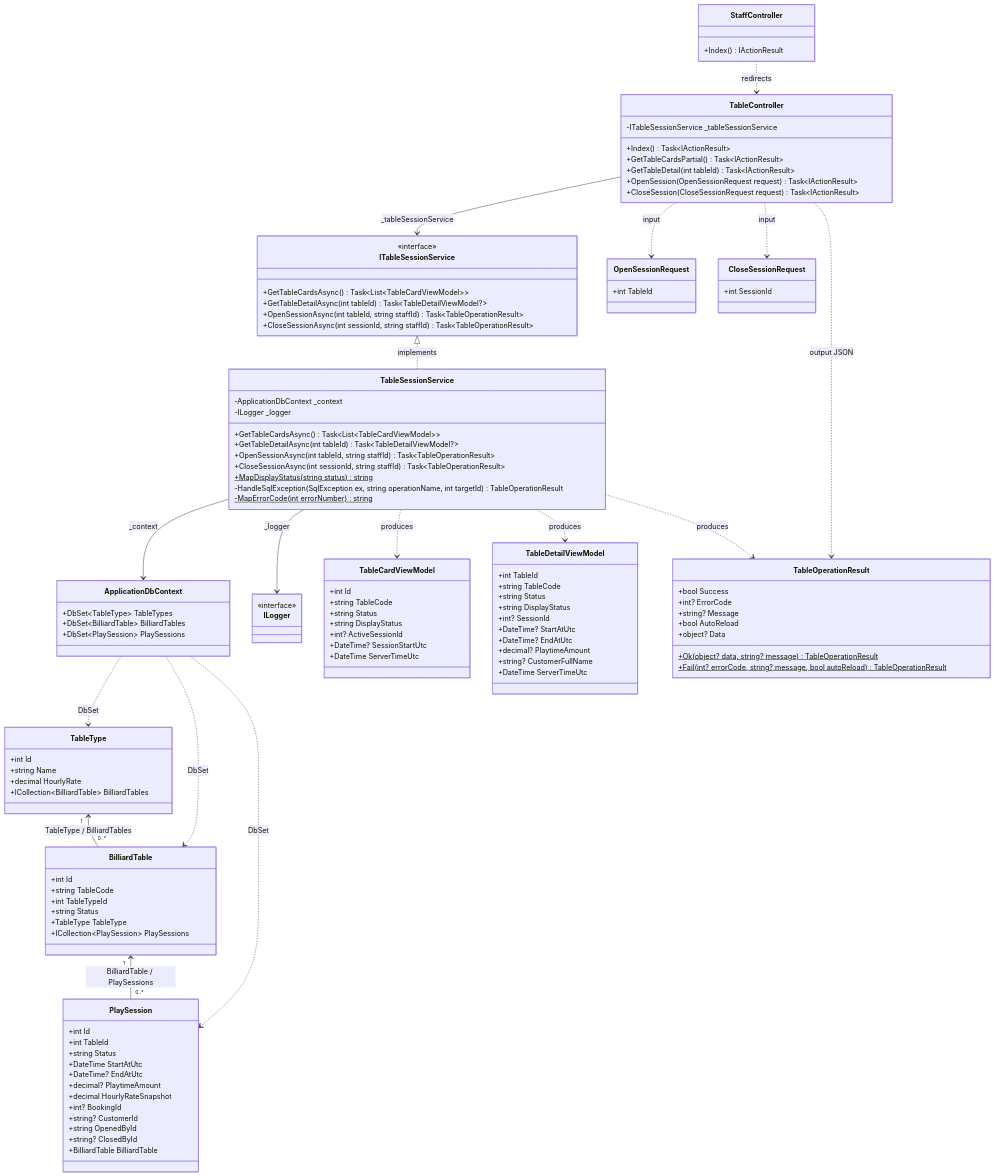
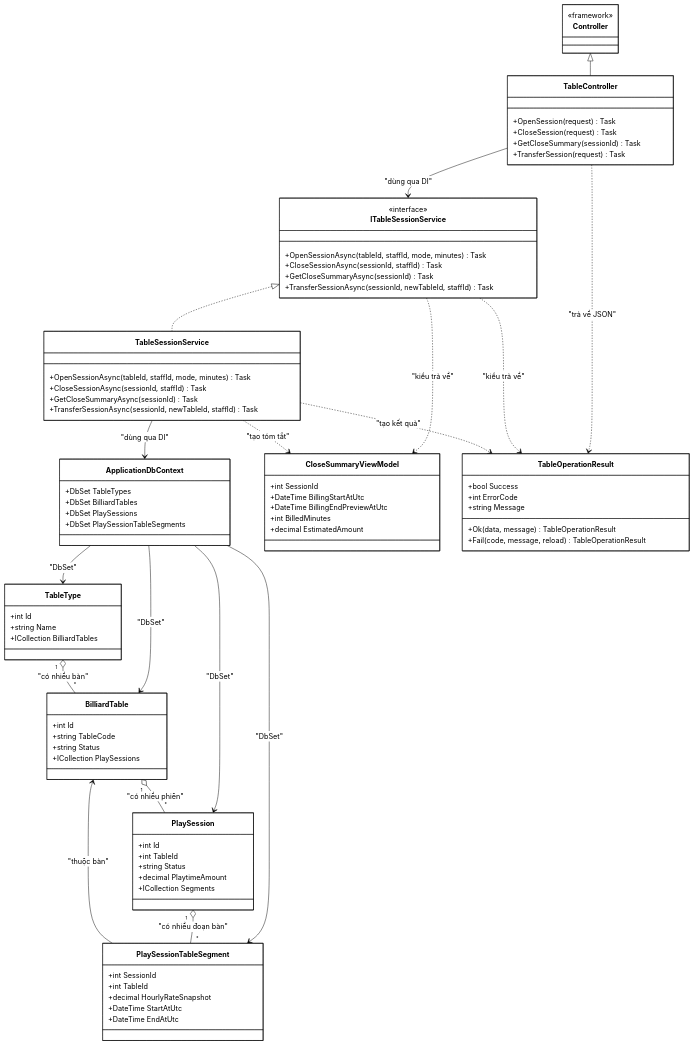
Before and after one commit to HE176671/billiard-management-system: the diagram in docs/sds-doan/04-classes.mmd, drawn with Mermaid. The commit also changed 25 other files, not shown here.

Commit message:
modify model, service,  entities

```diff
--- a/docs/sds-doan/04-classes.mmd
+++ b/docs/sds-doan/04-classes.mmd
@@ -1,119 +1,92 @@
+%%{init: {'theme': 'base', 'themeVariables': {'primaryColor': '#ffffff', 'primaryTextColor': '#000000', 'primaryBorderColor': '#000000', 'lineColor': '#000000', 'textColor': '#000000', 'noteBkgColor': '#ffffff', 'noteBorderColor': '#000000', 'noteTextColor': '#000000', 'fontFamily': 'Arial'}}}%%
 classDiagram
+    direction TB
+
+    class Controller {
+        <<framework>>
+    }
     class TableController {
-        -ITableSessionService _tableSessionService
-        +Index() Task~IActionResult~
-        +GetTableCardsPartial() Task~IActionResult~
-        +GetTableDetail(int tableId) Task~IActionResult~
-        +OpenSession(OpenSessionRequest request) Task~IActionResult~
-        +CloseSession(CloseSessionRequest request) Task~IActionResult~
-    }
-    class StaffController {
-        +Index() IActionResult
+        +OpenSession(request) Task
+        +CloseSession(request) Task
+        +GetCloseSummary(sessionId) Task
+        +TransferSession(request) Task
     }
     class ITableSessionService {
         <<interface>>
-        +GetTableCardsAsync() Task~List~TableCardViewModel~~
-        +GetTableDetailAsync(int tableId) Task~TableDetailViewModel?~
-        +OpenSessionAsync(int tableId, string staffId) Task~TableOperationResult~
-        +CloseSessionAsync(int sessionId, string staffId) Task~TableOperationResult~
+        +OpenSessionAsync(tableId, staffId, mode, minutes) Task
+        +CloseSessionAsync(sessionId, staffId) Task
+        +GetCloseSummaryAsync(sessionId) Task
+        +TransferSessionAsync(sessionId, newTableId, staffId) Task
     }
     class TableSessionService {
-        -ApplicationDbContext _context
-        -ILogger _logger
-        +GetTableCardsAsync() Task~List~TableCardViewModel~~
-        +GetTableDetailAsync(int tableId) Task~TableDetailViewModel?~
-        +OpenSessionAsync(int tableId, string staffId) Task~TableOperationResult~
-        +CloseSessionAsync(int sessionId, string staffId) Task~TableOperationResult~
-        +MapDisplayStatus(string status)$ string
-        -HandleSqlException(SqlException ex, string operationName, int targetId) TableOperationResult
-        -MapErrorCode(int errorNumber)$ string
+        +OpenSessionAsync(tableId, staffId, mode, minutes) Task
+        +CloseSessionAsync(sessionId, staffId) Task
+        +GetCloseSummaryAsync(sessionId) Task
+        +TransferSessionAsync(sessionId, newTableId, staffId) Task
     }
     class ApplicationDbContext {
-        +DbSet~TableType~ TableTypes
-        +DbSet~BilliardTable~ BilliardTables
-        +DbSet~PlaySession~ PlaySessions
-    }
-    class ILogger {
-        <<interface>>
+        +DbSet TableTypes
+        +DbSet BilliardTables
+        +DbSet PlaySessions
+        +DbSet PlaySessionTableSegments
     }
     class TableType {
         +int Id
         +string Name
-        +decimal HourlyRate
-        +ICollection~BilliardTable~ BilliardTables
+        +ICollection BilliardTables
     }
     class BilliardTable {
         +int Id
         +string TableCode
-        +int TableTypeId
         +string Status
-        +TableType TableType
-        +ICollection~PlaySession~ PlaySessions
+        +ICollection PlaySessions
     }
     class PlaySession {
         +int Id
         +int TableId
         +string Status
+        +decimal PlaytimeAmount
+        +ICollection Segments
+    }
+    class PlaySessionTableSegment {
+        +int SessionId
+        +int TableId
+        +decimal HourlyRateSnapshot
         +DateTime StartAtUtc
-        +DateTime? EndAtUtc
-        +decimal? PlaytimeAmount
-        +decimal HourlyRateSnapshot
-        +int? BookingId
-        +string? CustomerId
-        +string OpenedById
-        +string? ClosedById
-        +BilliardTable BilliardTable
+        +DateTime EndAtUtc
     }
-    class TableCardViewModel {
-        +int Id
-        +string TableCode
-        +string Status
-        +string DisplayStatus
-        +int? ActiveSessionId
-        +DateTime? SessionStartUtc
-        +DateTime ServerTimeUtc
-    }
-    class TableDetailViewModel {
-        +int TableId
-        +string TableCode
-        +string Status
-        +string DisplayStatus
-        +int? SessionId
-        +DateTime? StartAtUtc
-        +DateTime? EndAtUtc
-        +decimal? PlaytimeAmount
-        +string? CustomerFullName
-        +DateTime ServerTimeUtc
-    }
-    class OpenSessionRequest {
-        +int TableId
-    }
-    class CloseSessionRequest {
+    class CloseSummaryViewModel {
         +int SessionId
+        +DateTime BillingStartAtUtc
+        +DateTime BillingEndPreviewAtUtc
+        +int BilledMinutes
+        +decimal EstimatedAmount
     }
     class TableOperationResult {
         +bool Success
-        +int? ErrorCode
-        +string? Message
-        +bool AutoReload
-        +object? Data
-        +Ok(object? data, string? message)$ TableOperationResult
-        +Fail(int? errorCode, string? message, bool autoReload)$ TableOperationResult
+        +int ErrorCode
+        +string Message
+        +Ok(data, message) TableOperationResult
+        +Fail(code, message, reload) TableOperationResult
     }
 
-    StaffController ..> TableController : redirects
-    TableController --> ITableSessionService : _tableSessionService
-    TableController ..> OpenSessionRequest : input
-    TableController ..> CloseSessionRequest : input
-    TableController ..> TableOperationResult : output JSON
-    ITableSessionService <|.. TableSessionService : implements
-    TableSessionService --> ApplicationDbContext : _context
-    TableSessionService --> ILogger : _logger
-    TableSessionService ..> TableCardViewModel : produces
-    TableSessionService ..> TableDetailViewModel : produces
-    TableSessionService ..> TableOperationResult : produces
-    TableType "1" <-- "0..*" BilliardTable : TableType / BilliardTables
-    BilliardTable "1" <-- "0..*" PlaySession : BilliardTable / PlaySessions
-    ApplicationDbContext ..> TableType : DbSet
-    ApplicationDbContext ..> BilliardTable : DbSet
-    ApplicationDbContext ..> PlaySession : DbSet
+    Controller <|-- TableController
+    ITableSessionService <|.. TableSessionService
+
+    TableController --> ITableSessionService : "dùng qua DI"
+    TableSessionService --> ApplicationDbContext : "dùng qua DI"
+    ApplicationDbContext --> TableType : "DbSet"
+    ApplicationDbContext --> BilliardTable : "DbSet"
+    ApplicationDbContext --> PlaySession : "DbSet"
+    ApplicationDbContext --> PlaySessionTableSegment : "DbSet"
+    PlaySessionTableSegment --> BilliardTable : "thuộc bàn"
+
+    TableType "1" o-- "*" BilliardTable : "có nhiều bàn"
+    BilliardTable "1" o-- "*" PlaySession : "có nhiều phiên"
+    PlaySession "1" o-- "*" PlaySessionTableSegment : "có nhiều đoạn bàn"
+
+    TableController ..> TableOperationResult : "trả về JSON"
+    ITableSessionService ..> TableOperationResult : "kiểu trả về"
+    ITableSessionService ..> CloseSummaryViewModel : "kiểu trả về"
+    TableSessionService ..> TableOperationResult : "tạo kết quả"
+    TableSessionService ..> CloseSummaryViewModel : "tạo tóm tắt"
```
